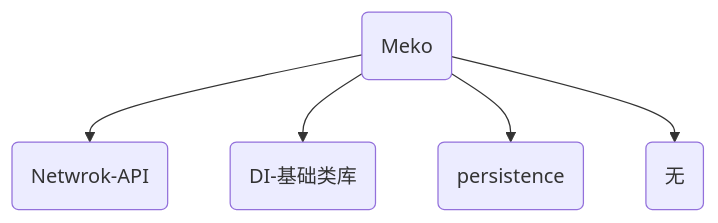
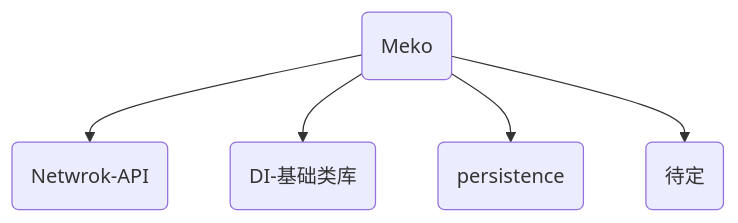
One commit to reallyGoodBaker/Meko changed the diagram in README.md. Above: the diagram before and after it, drawn with Mermaid. The commit also changed other lines of this file, not shown here.

````diff
--- a/README.md
+++ b/README.md
@@ -36,8 +36,8 @@
 ```mermaid
 graph TB
     Meko(Meko)
     Meko-->Netwrok-API(Netwrok-API)
     Meko-->DI(DI-基础类库)
     Meko-->persistence(persistence)
-    Meko-->...(无)
+    Meko-->...(待定)
 ```
````
